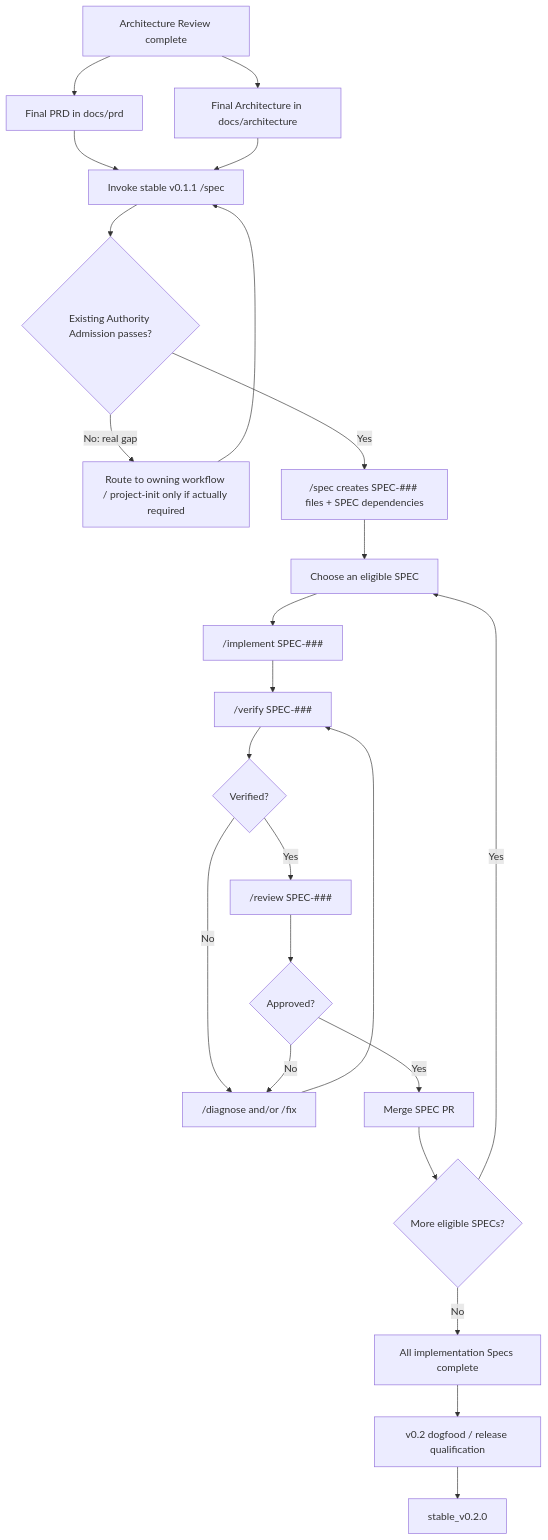
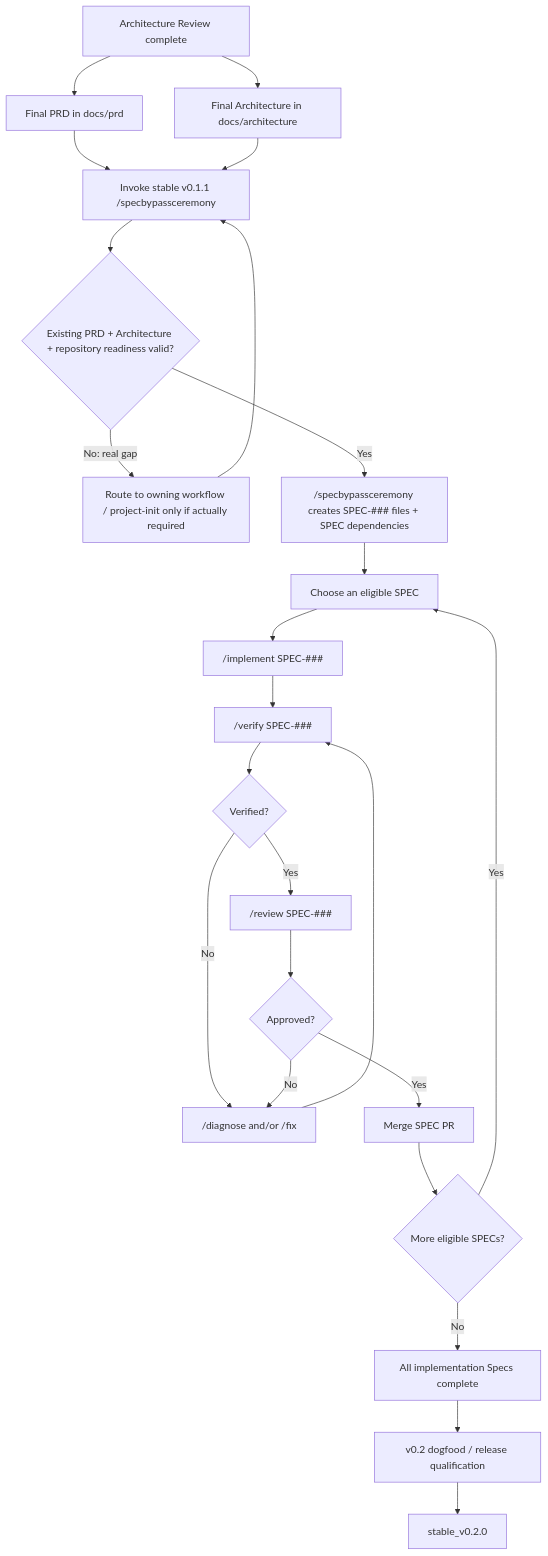
Before and after one commit to subhadlearner/SubhForge: the diagram in design/V0.2-IMPLEMENTATION-TOOLING.md, drawn with Mermaid. The commit also changed other lines of this file, not shown here.

Commit message:
Use additive spec bypass command for v0.2 handoff

````diff
--- a/design/V0.2-IMPLEMENTATION-TOOLING.md
+++ b/design/V0.2-IMPLEMENTATION-TOOLING.md
@@ -103,30 +96,30 @@
 ```mermaid
 flowchart TD
     A["Architecture Review complete"] --> B["Final PRD in docs/prd"]
     A --> C["Final Architecture in docs/architecture"]
 
-    B --> D["Invoke stable v0.1.1 /spec"]
+    B --> D["Invoke stable v0.1.1 /specbypassceremony"]
     C --> D
 
-    D --> E{"Existing Authority Admission passes?"}
+    D --> E{"Existing PRD + Architecture + repository readiness valid?"}
     E -- "No: real gap" --> F["Route to owning workflow / project-init only if actually required"]
     F --> D
-    E -- "Yes" --> G["/spec creates SPEC-### files + SPEC dependencies"]
+    E -- "Yes" --> G["/specbypassceremony creates SPEC-### files + SPEC dependencies"]
 
     G --> H["Choose an eligible SPEC"]
     H --> I["/implement SPEC-###"]
     I --> J["/verify SPEC-###"]
     J --> K{"Verified?"}
     K -- "No" --> L["/diagnose and/or /fix"]
     L --> J
     K -- "Yes" --> M["/review SPEC-###"]
     M --> N{"Approved?"}
     N -- "No" --> L
     N -- "Yes" --> O["Merge SPEC PR"]
 
     O --> P{"More eligible SPECs?"}
     P -- "Yes" --> H
     P -- "No" --> Q["All implementation Specs complete"]
     Q --> R["v0.2 dogfood / release qualification"]
     R --> S["stable_v0.2.0"]
 ```
````
